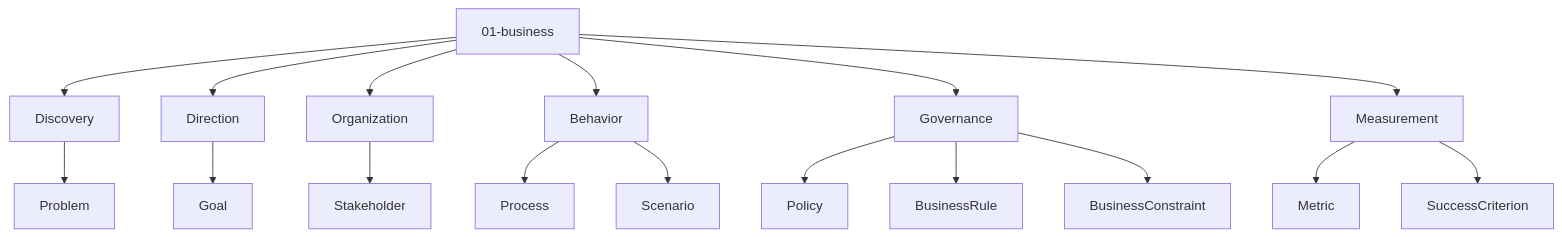
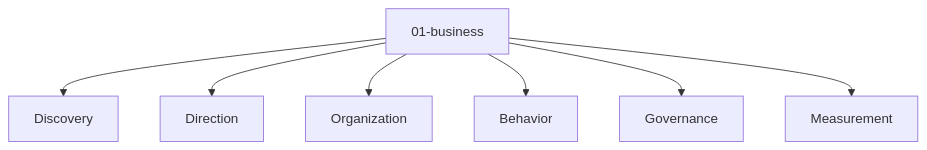
One commit to phuc10kn/task_transportor changed the diagram in docs/guide/reference/entity-maps/01-business.md. Above: the diagram before and after it, drawn with Mermaid. The commit also changed other lines of this file and 59 other files, not shown here.

````diff
--- a/docs/guide/reference/entity-maps/01-business.md
+++ b/docs/guide/reference/entity-maps/01-business.md
@@ -11,21 +11,10 @@
 ```mermaid
 flowchart TB
   B[01-business]
   B --> Discovery
   B --> Direction
   B --> Organization
   B --> Behavior
   B --> Governance
   B --> Measurement
-
-  Discovery --> Problem
-  Direction --> Goal
-  Organization --> Stakeholder
-  Behavior --> Process
-  Behavior --> Scenario
-  Governance --> Policy
-  Governance --> BusinessRule
-  Governance --> BusinessConstraint
-  Measurement --> Metric
-  Measurement --> SuccessCriterion
 ```
````
